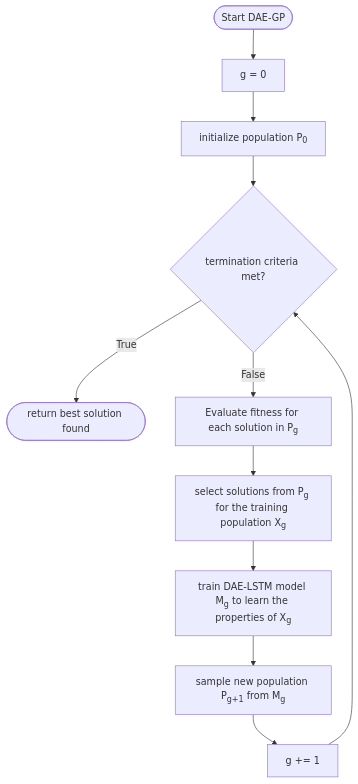
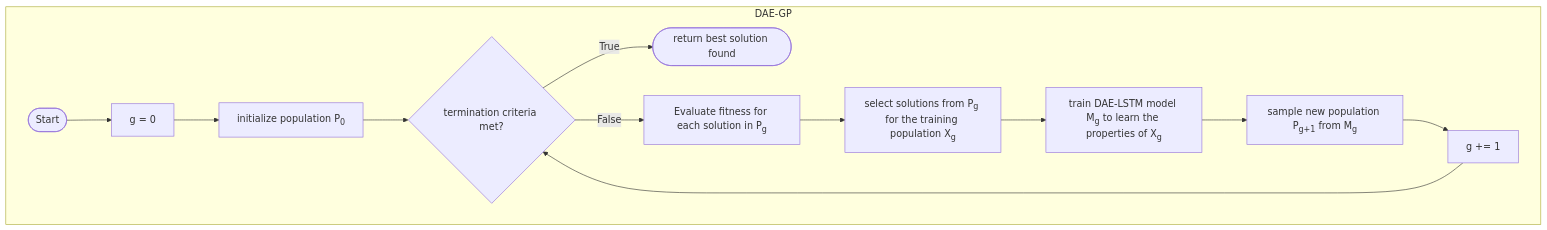
Before and after one commit to roman91DE/master_thesis: the diagram in mermaid/dae-gp.mmd, drawn with Mermaid. The commit also changed 7 other files, not shown here.

```diff
--- a/mermaid/dae-gp.mmd
+++ b/mermaid/dae-gp.mmd
@@ -1,23 +1,25 @@
 graph TD
-start([Start DAE-GP])
--->
-init_gen[g = 0] 
--->
-init_pop[initialize population P<sub>0</sub>] 
---> 
-main_loop{termination criteria met?}
-    --True-->
-        return([return best solution found])
-main_loop{termination criteria met?}    
-    --False--> 
-        fitness_eval[Evaluate fitness for each solution in P<sub>g</sub>]
+    subgraph DAE-GP
+        start([Start])
+        -->
+        init_gen[g = 0] 
+        -->
+        init_pop[initialize population P<sub>0</sub>] 
         --> 
-        selection[select solutions from P<sub>g</sub> for the training population X<sub>g</sub>]
-        --> 
-        model_building[train DAE-LSTM model M<sub>g</sub> to learn the properties of X<sub>g</sub>]
-        -->
-        model_sampling[sample new population P<sub>g+1</sub> from M<sub>g</sub>]
-        --> 
-        next_gen[g += 1]
-        -->
-        main_loop
+        main_loop{termination criteria met?}
+            --True-->
+                return([return best solution found])
+        main_loop{termination criteria met?}    
+            --False--> 
+                fitness_eval[Evaluate fitness for each solution in P<sub>g</sub>]
+                --> 
+                selection[select solutions from P<sub>g</sub> for the training population X<sub>g</sub>]
+                --> 
+                model_building[train DAE-LSTM model M<sub>g</sub> to learn the properties of X<sub>g</sub>]
+                -->
+                model_sampling[sample new population P<sub>g+1</sub> from M<sub>g</sub>]
+                --> 
+                next_gen[g += 1]
+                -->
+                main_loop
+    end
```
